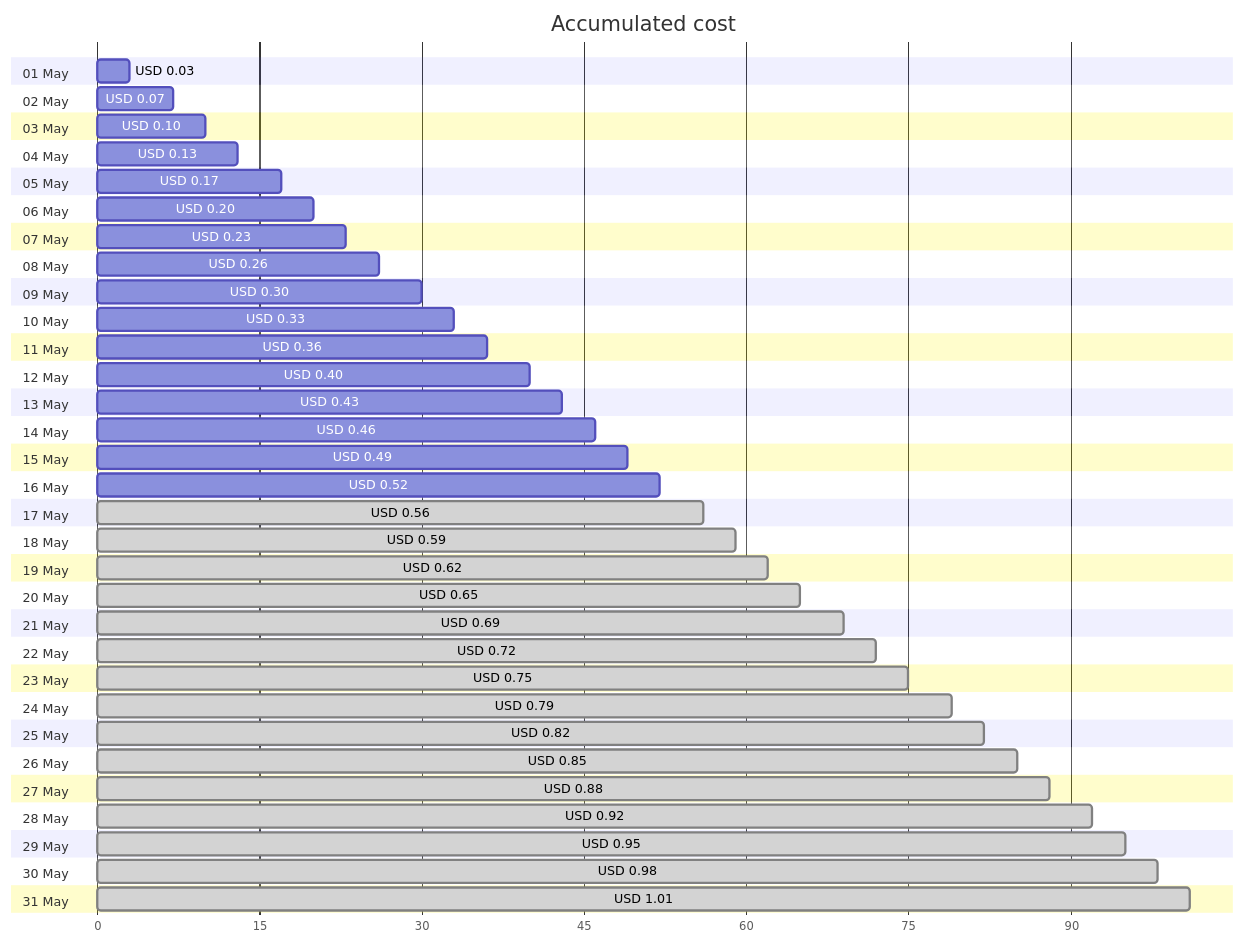
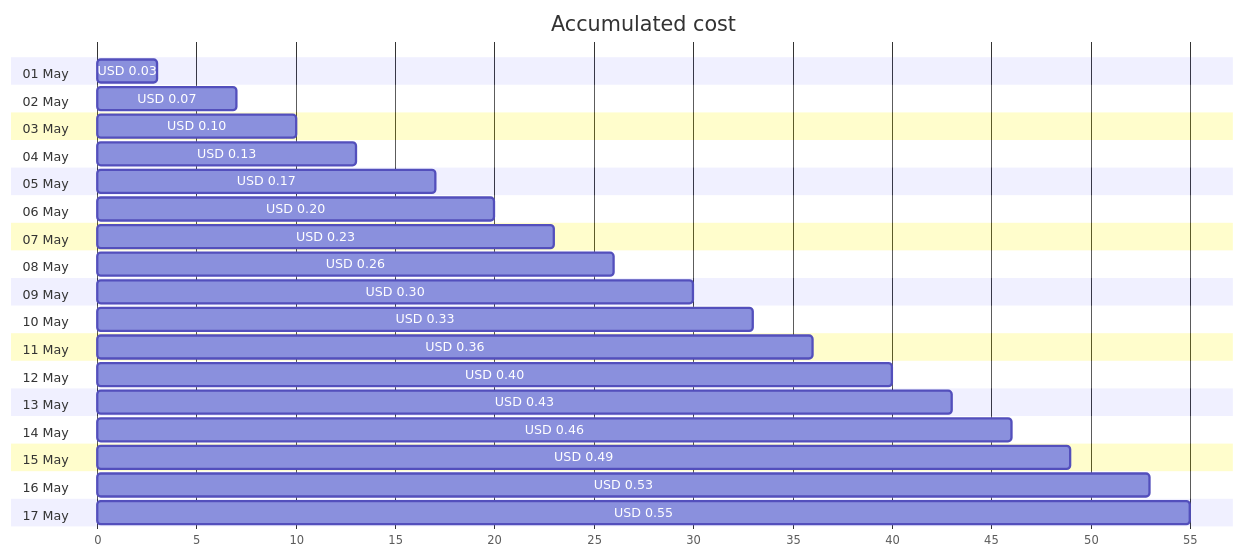
Before and after one commit to jpfulton/azure-personal-reports: the first of 4 diagrams in cost-reports/personal-dns/README.md, drawn with Mermaid. The commit also changed other lines of this file and 2 other files, not shown here.

Commit message:
Generated reports [skip ci]

````diff
--- a/cost-reports/personal-dns/README.md
+++ b/cost-reports/personal-dns/README.md
@@ -20,68 +20,40 @@
 ```mermaid
 gantt
    title Accumulated cost
    dateFormat  X
    axisFormat %s
    section 01 May
    USD 0.03 :0, 3
    section 02 May
    USD 0.07 :0, 7
    section 03 May
    USD 0.10 :0, 10
    section 04 May
    USD 0.13 :0, 13
    section 05 May
    USD 0.17 :0, 17
    section 06 May
    USD 0.20 :0, 20
    section 07 May
    USD 0.23 :0, 23
    section 08 May
    USD 0.26 :0, 26
    section 09 May
    USD 0.30 :0, 30
    section 10 May
    USD 0.33 :0, 33
    section 11 May
    USD 0.36 :0, 36
    section 12 May
    USD 0.40 :0, 40
    section 13 May
    USD 0.43 :0, 43
    section 14 May
    USD 0.46 :0, 46
    section 15 May
    USD 0.49 :0, 49
    section 16 May
-   USD 0.52 :0, 52
+   USD 0.53 :0, 53
    section 17 May
-   USD 0.56 : done, 0, 56
-   section 18 May
-   USD 0.59 : done, 0, 59
-   section 19 May
-   USD 0.62 : done, 0, 62
-   section 20 May
-   USD 0.65 : done, 0, 65
-   section 21 May
-   USD 0.69 : done, 0, 69
-   section 22 May
-   USD 0.72 : done, 0, 72
-   section 23 May
-   USD 0.75 : done, 0, 75
-   section 24 May
-   USD 0.79 : done, 0, 79
-   section 25 May
-   USD 0.82 : done, 0, 82
-   section 26 May
-   USD 0.85 : done, 0, 85
-   section 27 May
-   USD 0.88 : done, 0, 88
-   section 28 May
-   USD 0.92 : done, 0, 92
-   section 29 May
-   USD 0.95 : done, 0, 95
-   section 30 May
-   USD 0.98 : done, 0, 98
-   section 31 May
-   USD 1.01 : done, 0, 101
+   USD 0.55 :0, 55
 ```
````
